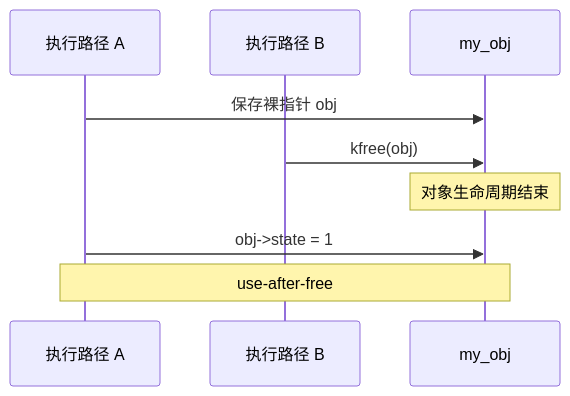
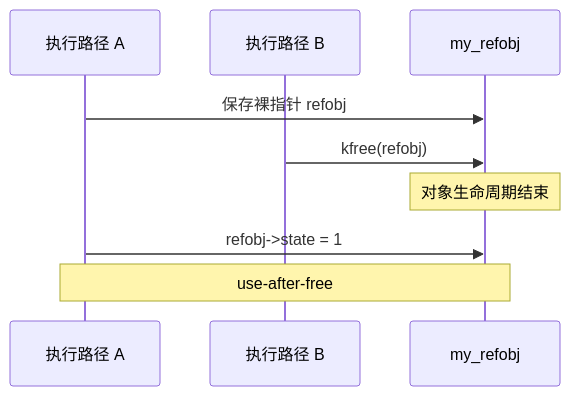
One commit to FormingSystem/linux_note changed the first of 2 diagrams in appendix/kernel_data_structure/kref-引用计数/第 1 章：kref 要解决什么问题.md. Above: the diagram before and after it, drawn with Mermaid. The commit also changed other lines of this file and 9 other files, not shown here.

````diff
--- a/appendix/kernel_data_structure/kref-引用计数/第 1 章：kref 要解决什么问题.md
+++ b/appendix/kernel_data_structure/kref-引用计数/第 1 章：kref 要解决什么问题.md
@@ -167,12 +167,12 @@
 ```mermaid
 sequenceDiagram
 	participant A as 执行路径 A
 	participant B as 执行路径 B
-	participant O as my_obj
+	participant O as my_refobj
 
-	A->>O: 保存裸指针 obj
-	B->>O: kfree(obj)
+	A->>O: 保存裸指针 refobj
+	B->>O: kfree(refobj)
 	Note over O: 对象生命周期结束
-	A->>O: obj->state = 1
+	A->>O: refobj->state = 1
 	Note over A,O: use-after-free
 ```
````
